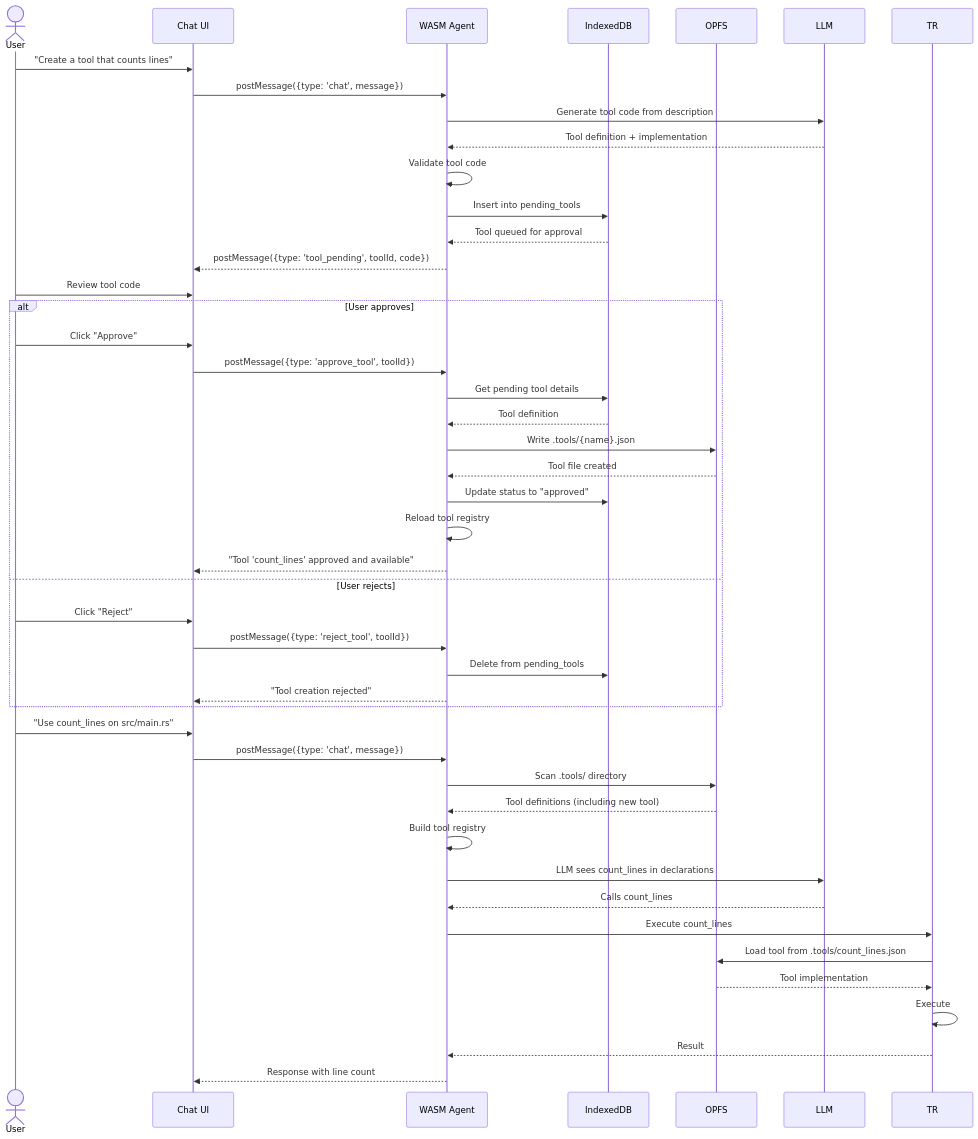
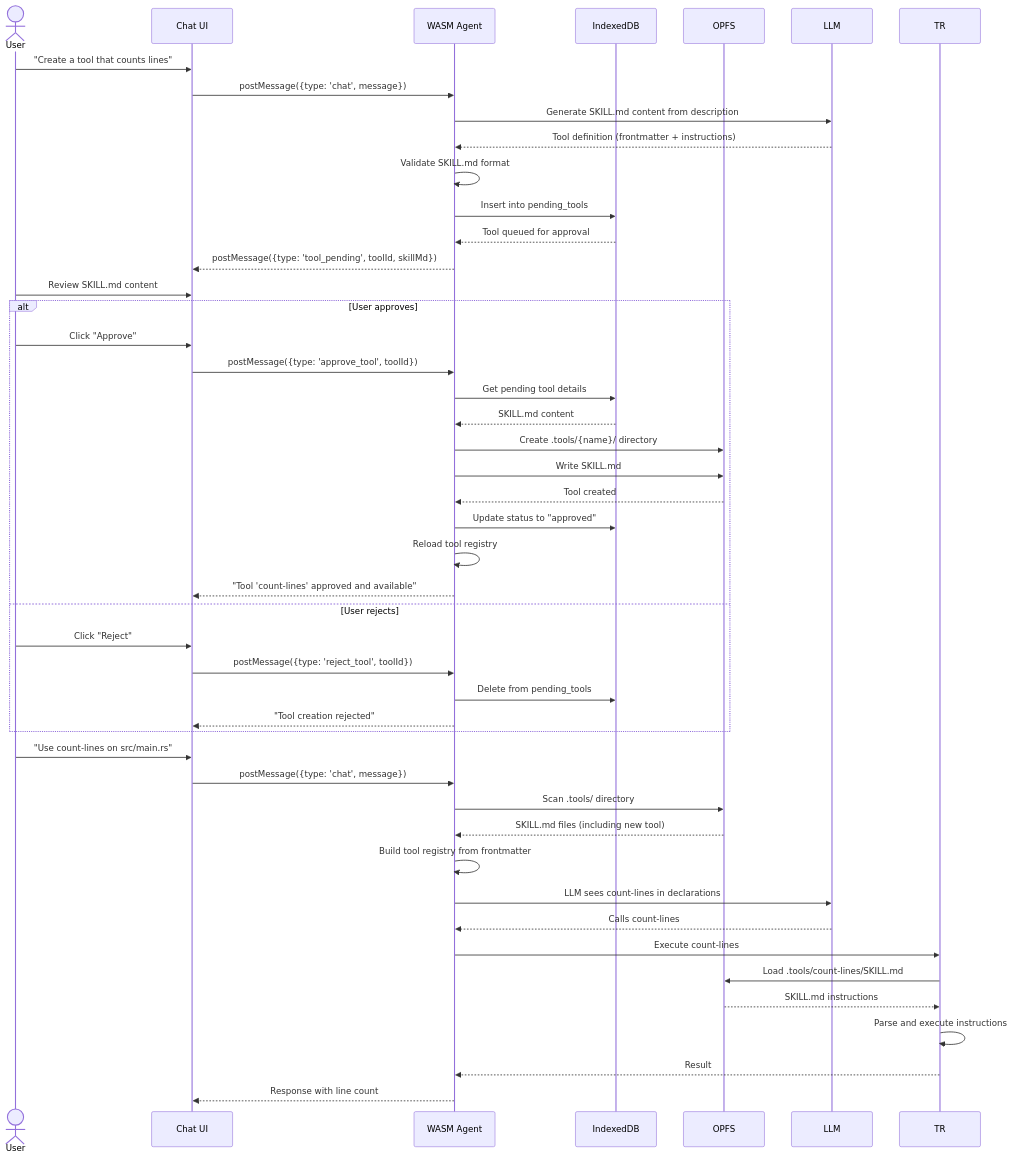
Before and after one commit to weolopez/aardvark: the sixth of 8 diagrams in ARCHITECTURE.md, drawn with Mermaid. The commit also changed other lines of this file, not shown here.

First line of the commit message:
docs: Update tool definitions to use SKILL.md format inspired by Claude's Agent Skills system

````diff
--- a/ARCHITECTURE.md
+++ b/ARCHITECTURE.md
@@ -480,63 +524,64 @@
 ```mermaid
 sequenceDiagram
     actor User
     participant UI as Chat UI
     participant Agent as WASM Agent
     participant DB as IndexedDB
     participant OPFS as OPFS
     
     User->>UI: "Create a tool that counts lines"
     
     UI->>Agent: postMessage({type: 'chat', message})
     
-    Agent->>LLM: Generate tool code from description
-    LLM-->>Agent: Tool definition + implementation
+    Agent->>LLM: Generate SKILL.md content from description
+    LLM-->>Agent: Tool definition (frontmatter + instructions)
     
-    Agent->>Agent: Validate tool code
+    Agent->>Agent: Validate SKILL.md format
     Agent->>DB: Insert into pending_tools
     DB-->>Agent: Tool queued for approval
     
-    Agent-->>UI: postMessage({type: 'tool_pending', toolId, code})
+    Agent-->>UI: postMessage({type: 'tool_pending', toolId, skillMd})
     
-    User->>UI: Review tool code
+    User->>UI: Review SKILL.md content
     
     alt User approves
         User->>UI: Click "Approve"
         UI->>Agent: postMessage({type: 'approve_tool', toolId})
         
         Agent->>DB: Get pending tool details
-        DB-->>Agent: Tool definition
+        DB-->>Agent: SKILL.md content
         
-        Agent->>OPFS: Write .tools/{name}.json
-        OPFS-->>Agent: Tool file created
+        Agent->>OPFS: Create .tools/{name}/ directory
+        Agent->>OPFS: Write SKILL.md
+        OPFS-->>Agent: Tool created
         
         Agent->>DB: Update status to "approved"
         Agent->>Agent: Reload tool registry
         
-        Agent-->>UI: "Tool 'count_lines' approved and available"
+        Agent-->>UI: "Tool 'count-lines' approved and available"
         
     else User rejects
         User->>UI: Click "Reject"
         UI->>Agent: postMessage({type: 'reject_tool', toolId})
         Agent->>DB: Delete from pending_tools
         Agent-->>UI: "Tool creation rejected"
     end
     
-    User->>UI: "Use count_lines on src/main.rs"
+    User->>UI: "Use count-lines on src/main.rs"
     
     UI->>Agent: postMessage({type: 'chat', message})
     
     Agent->>OPFS: Scan .tools/ directory
-    OPFS-->>Agent: Tool definitions (including new tool)
-    Agent->>Agent: Build tool registry
-    Agent->>LLM: LLM sees count_lines in declarations
-    LLM-->>Agent: Calls count_lines
+    OPFS-->>Agent: SKILL.md files (including new tool)
+    Agent->>Agent: Build tool registry from frontmatter
+    Agent->>LLM: LLM sees count-lines in declarations
+    LLM-->>Agent: Calls count-lines
     
-    Agent->>TR: Execute count_lines
-    TR->>OPFS: Load tool from .tools/count_lines.json
-    OPFS-->>TR: Tool implementation
-    TR->>TR: Execute
+    Agent->>TR: Execute count-lines
+    TR->>OPFS: Load .tools/count-lines/SKILL.md
+    OPFS-->>TR: SKILL.md instructions
+    TR->>TR: Parse and execute instructions
     TR-->>Agent: Result
     
     Agent-->>UI: Response with line count
 ```
````
